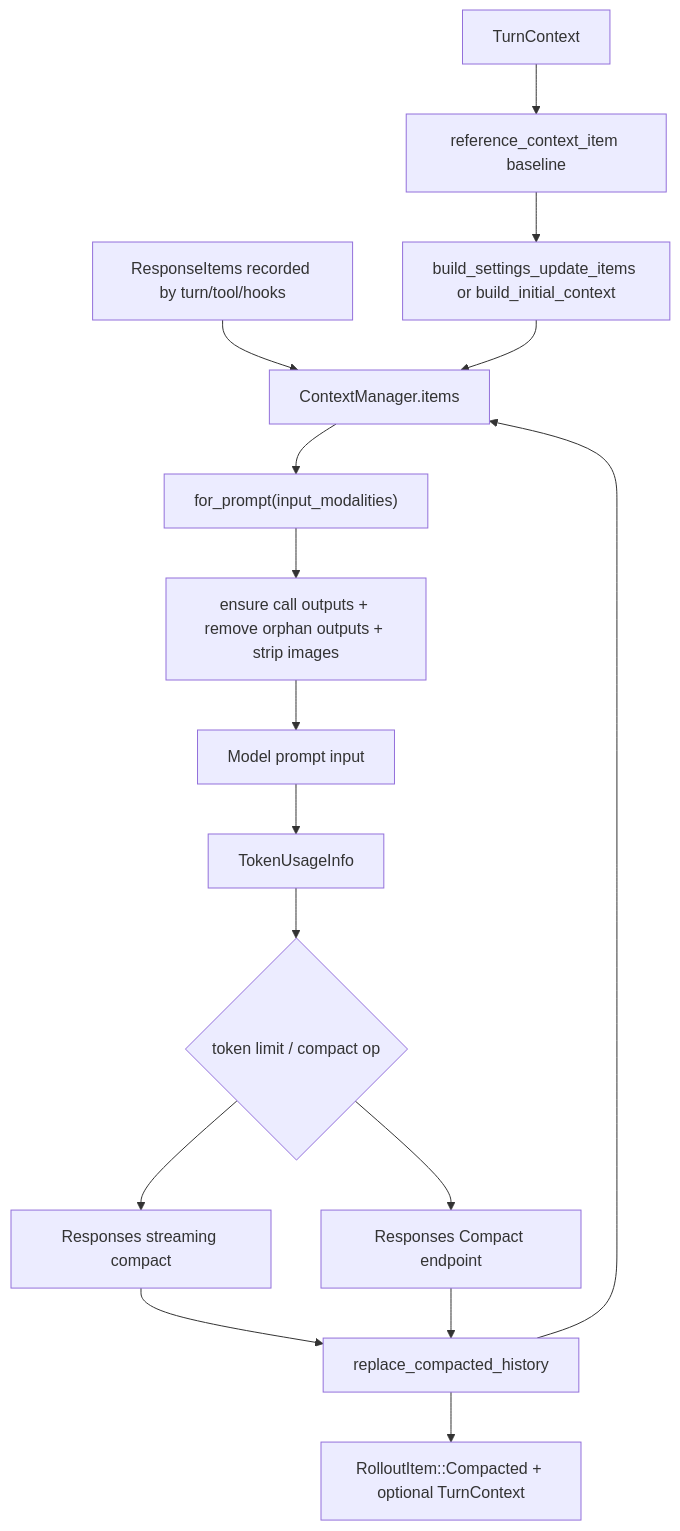
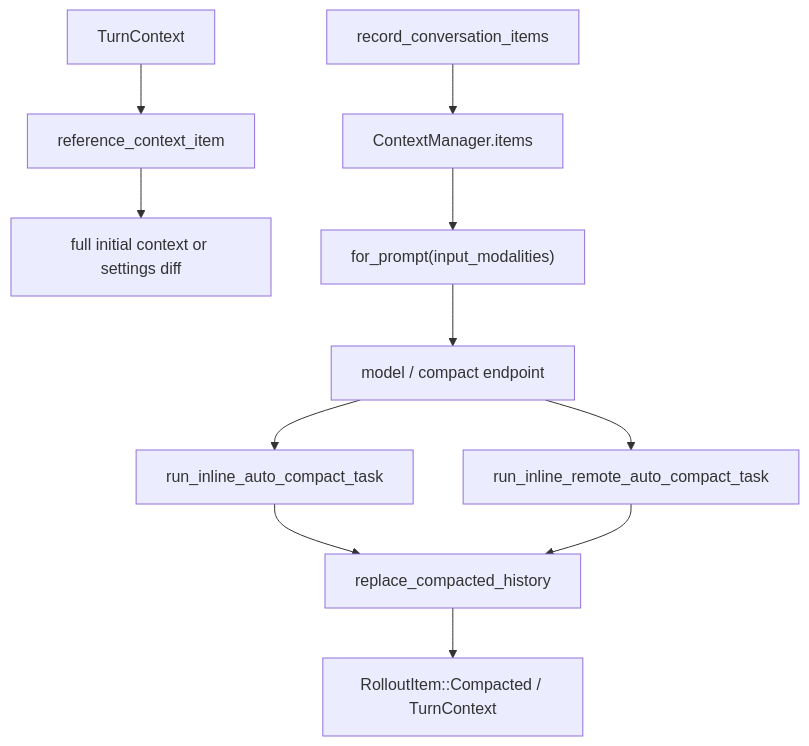
One commit to wdnmdtonyma/SOTA-Agent-LLM-Wiki changed the diagram in docs/llm-wiki/codex/spine/context-and-compaction.md. Above: the diagram before and after it, drawn with Mermaid. The commit also changed other lines of this file and 188 other files, not shown here.

````diff
--- a/docs/llm-wiki/codex/spine/context-and-compaction.md
+++ b/docs/llm-wiki/codex/spine/context-and-compaction.md
@@ -24,18 +24,13 @@
 ```mermaid
 flowchart TD
-    RAW["ResponseItems recorded by turn/tool/hooks"] --> CM["ContextManager.items"]
-    TURNCTX["TurnContext"] --> REF["reference_context_item baseline"]
-    REF --> UPDATE["build_settings_update_items or build_initial_context"]
-    UPDATE --> CM
+    ITEMS["record_conversation_items"] --> CM["ContextManager.items"]
+    TURN["TurnContext"] --> BASE["reference_context_item"]
+    BASE --> DIFF["full initial context or settings diff"]
     CM --> PROMPT["for_prompt(input_modalities)"]
-    PROMPT --> NORM["ensure call outputs + remove orphan outputs + strip images"]
-    NORM --> MODEL["Model prompt input"]
-    MODEL --> USAGE["TokenUsageInfo"]
-    USAGE --> LIMIT{"token limit / compact op"}
-    LIMIT --> LOCAL["Responses streaming compact"]
-    LIMIT --> REMOTE["Responses Compact endpoint"]
-    LOCAL --> REPL["replace_compacted_history"]
-    REMOTE --> REPL
-    REPL --> CM
-    REPL --> ROLLOUT["RolloutItem::Compacted + optional TurnContext"]
+    PROMPT --> MODEL["model / compact endpoint"]
+    MODEL --> LOCAL["run_inline_auto_compact_task"]
+    MODEL --> REMOTE["run_inline_remote_auto_compact_task"]
+    LOCAL --> REPLACE["replace_compacted_history"]
+    REMOTE --> REPLACE
+    REPLACE --> ROLLOUT["RolloutItem::Compacted / TurnContext"]
 ```
````
